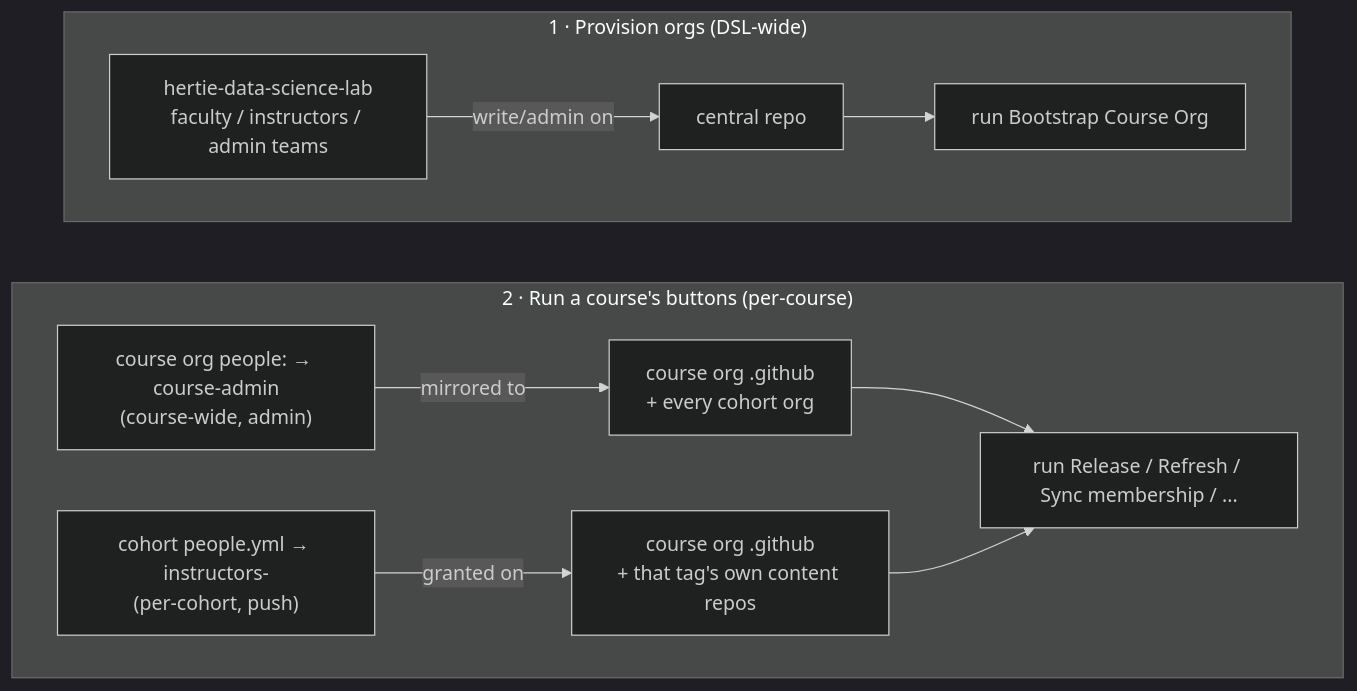
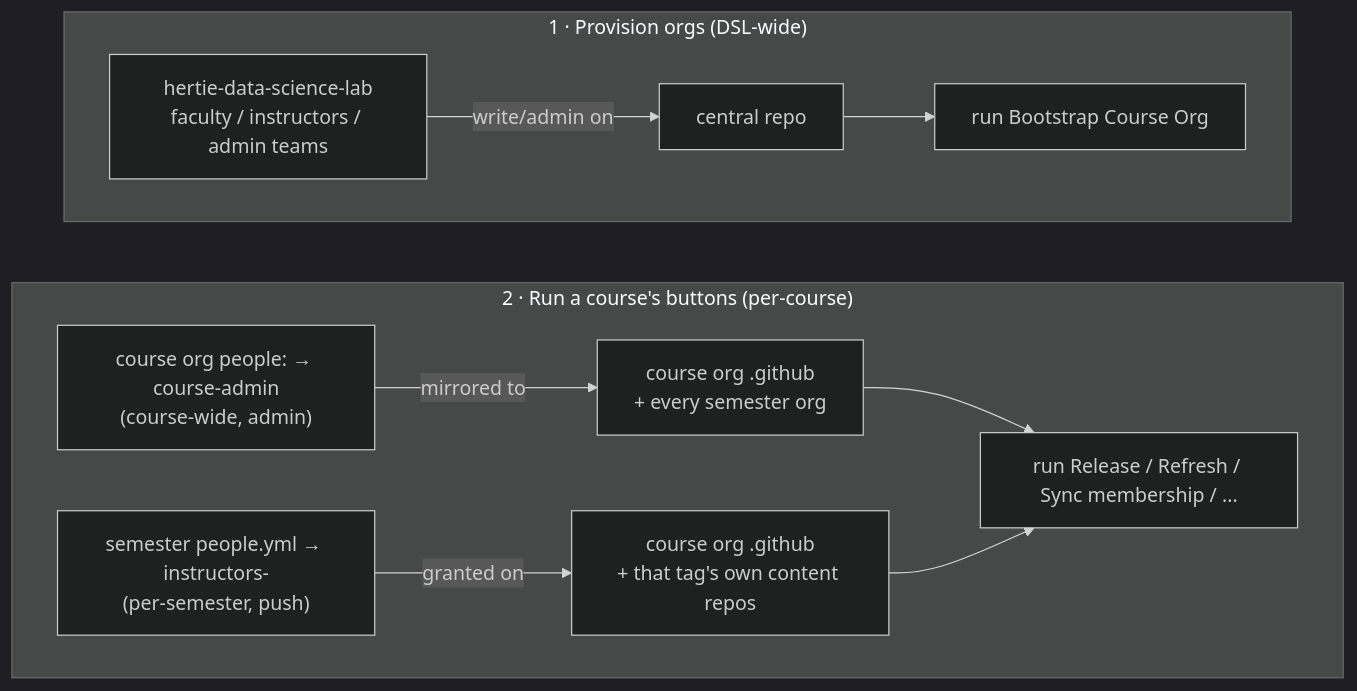
One commit to hertie-data-science-lab/dsl-teaching-toolkit changed the third of 10 diagrams in docs-admin-arch/architecture.md. Above: the diagram before and after it, drawn with Mermaid (dark theme). The commit also changed other lines of this file and 201 other files, not shown here.

First line of the commit message:
refactor(names): rename cohort, term and tag to semester

````diff
--- a/docs-admin-arch/architecture.md
+++ b/docs-admin-arch/architecture.md
@@ -145,18 +145,18 @@
 ```mermaid
 flowchart TD
   subgraph prov["1 · Provision orgs (DSL-wide)"]
     ct["`hertie-data-science-lab
 faculty / instructors / admin teams`"] -->|"write/admin on"| cr["central repo"] --> ba["run Bootstrap Course Org"]
   end
   subgraph run["2 · Run a course's buttons (per-course)"]
     ca["`course org people: → course-admin
 (course-wide, admin)`"] -->|"mirrored to"| gh["`course org .github
-+ every cohort org`"]
-    it["`cohort people.yml → instructors-<tag>
-(per-cohort, push)`"] -->|"granted on"| ghtag["`course org .github
++ every semester org`"]
+    it["`semester people.yml → instructors-<tag>
+(per-semester, push)`"] -->|"granted on"| ghtag["`course org .github
 + that tag's own content repos`"]
     gh --> rb["run Release / Refresh / Sync membership / ..."]
     ghtag --> rb
   end
   prov ~~~ run
 ```
````
